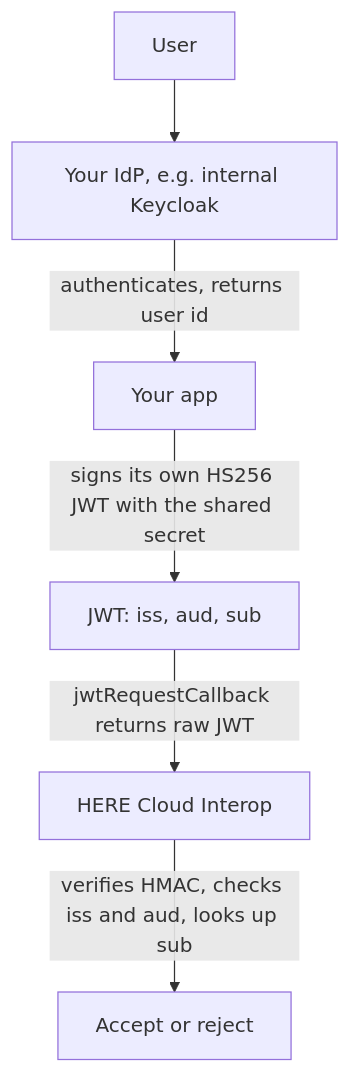
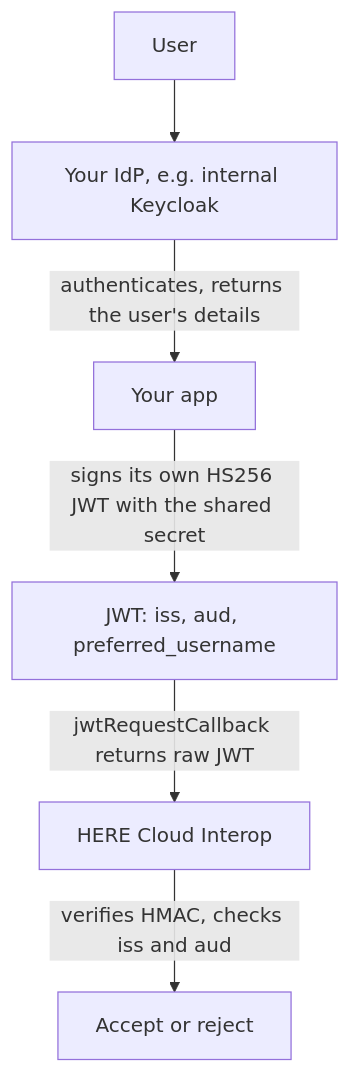
One commit to built-on-openfin/node-starter changed the diagram in how-to/setup-an-example-jwks-endpoint/when-jwks-is-unreachable.md. Above: the diagram before and after it, drawn with Mermaid. The commit also changed other lines of this file and 5 other files, not shown here.

````diff
--- a/how-to/setup-an-example-jwks-endpoint/when-jwks-is-unreachable.md
+++ b/how-to/setup-an-example-jwks-endpoint/when-jwks-is-unreachable.md
@@ -19,8 +19,8 @@
 ```mermaid
 flowchart TD
   user[User] --> idp[Your IdP, e.g. internal Keycloak]
-  idp -->|"authenticates, returns user id"| app[Your app]
-  app -->|"signs its own HS256 JWT with the shared secret"| token["JWT: iss, aud, sub"]
+  idp -->|"authenticates, returns the user's details"| app[Your app]
+  app -->|"signs its own HS256 JWT with the shared secret"| token["JWT: iss, aud, preferred_username"]
   token -->|jwtRequestCallback returns raw JWT| ci[HERE Cloud Interop]
-  ci -->|"verifies HMAC, checks iss and aud, looks up sub"| verdict[Accept or reject]
+  ci -->|"verifies HMAC, checks iss and aud"| verdict[Accept or reject]
 ```
````
